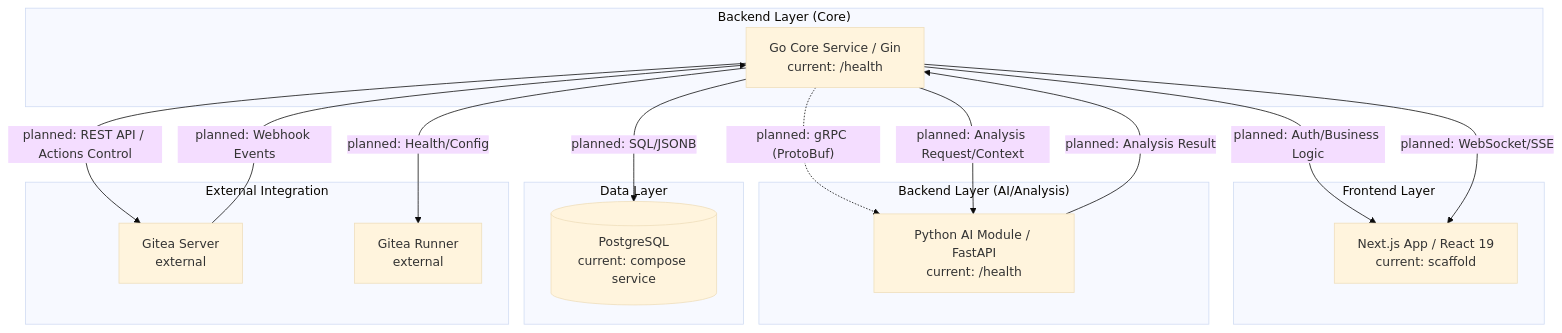
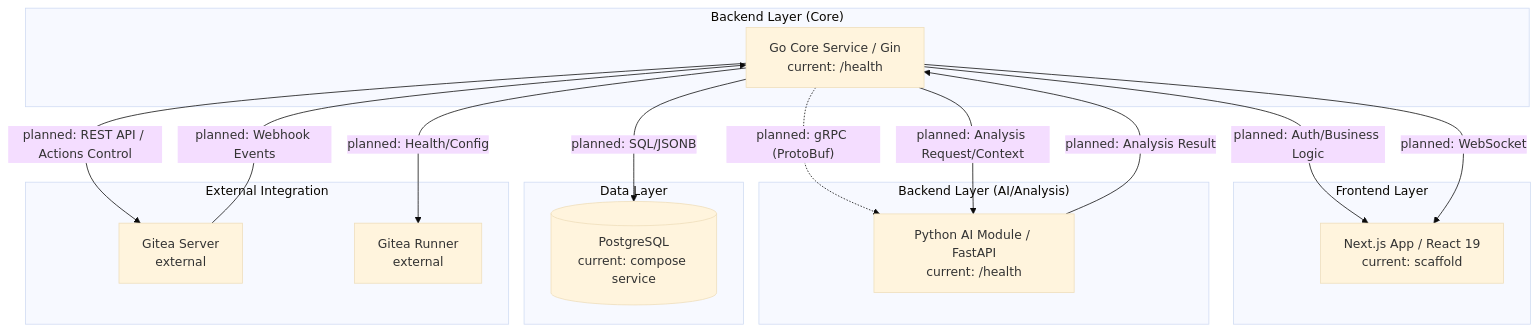
One commit to ykylee/Devhub_example changed the diagram in docs/architecture.md. Above: the diagram before and after it, drawn with Mermaid (base theme). The commit also changed other lines of this file and 9 other files, not shown here.

````diff
--- a/docs/architecture.md
+++ b/docs/architecture.md
@@ -17,32 +17,32 @@
 ```mermaid
 graph TD
     subgraph "Frontend Layer"
         NextJS[Next.js App / React 19<br/>current: scaffold]
     end
 
     subgraph "Backend Layer (Core)"
         GoCore[Go Core Service / Gin<br/>current: /health]
         GoCore -- "planned: Auth/Business Logic" --> NextJS
-        GoCore -- "planned: WebSocket/SSE" --> NextJS
+        GoCore -- "planned: WebSocket" --> NextJS
     end
 
     subgraph "Backend Layer (AI/Analysis)"
         PyAI[Python AI Module / FastAPI<br/>current: /health]
         GoCore -. "planned: gRPC (ProtoBuf)" .-> PyAI
         GoCore -- "planned: Analysis Request/Context" --> PyAI
         PyAI -- "planned: Analysis Result" --> GoCore
     end
 
     subgraph "Data Layer"
         PG[(PostgreSQL<br/>current: compose service)]
         GoCore -- "planned: SQL/JSONB" --> PG
     end
 
     subgraph "External Integration"
         Gitea[Gitea Server<br/>external]
         Gitea -- "planned: Webhook Events" --> GoCore
         GoCore -- "planned: REST API / Actions Control" --> Gitea
         GiteaRunner[Gitea Runner<br/>external]
         GoCore -- "planned: Health/Config" --> GiteaRunner
     end
 ```
````
